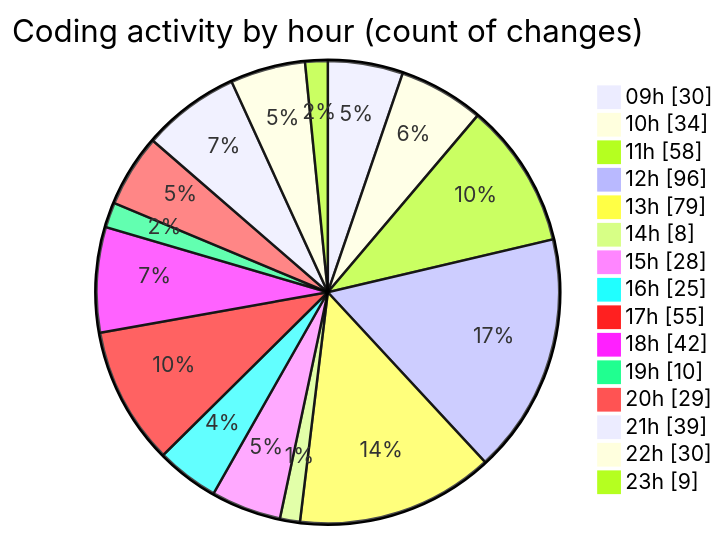
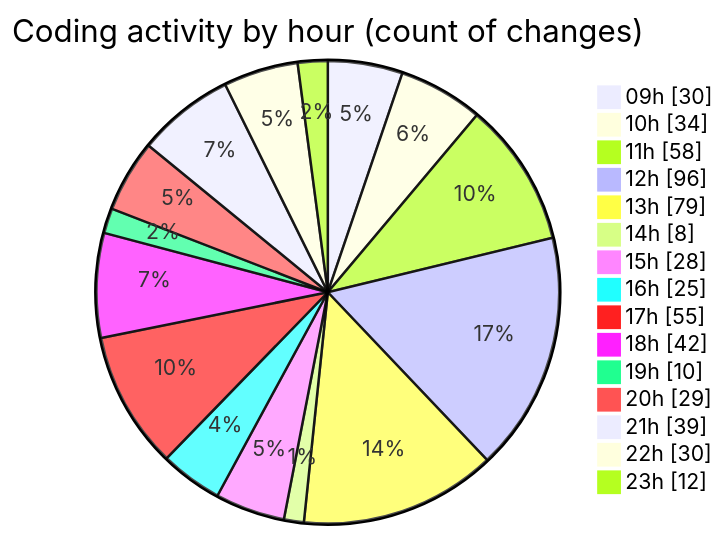
Before and after one commit to momahboobian/code-tracking: the second of 2 diagrams in 2025-04-02/cda/README.md, drawn with Mermaid. The commit also changed other lines of this file and 1 other file, not shown here.

````diff
--- a/2025-04-02/cda/README.md
+++ b/2025-04-02/cda/README.md
@@ -40,19 +40,19 @@
 ```mermaid
 pie showData
 title Coding activity by hour (count of changes)
 "09h" : 30
 "10h" : 34
 "11h" : 58
 "12h" : 96
 "13h" : 79
 "14h" : 8
 "15h" : 28
 "16h" : 25
 "17h" : 55
 "18h" : 42
 "19h" : 10
 "20h" : 29
 "21h" : 39
 "22h" : 30
-"23h" : 9
+"23h" : 12
 ```
````
